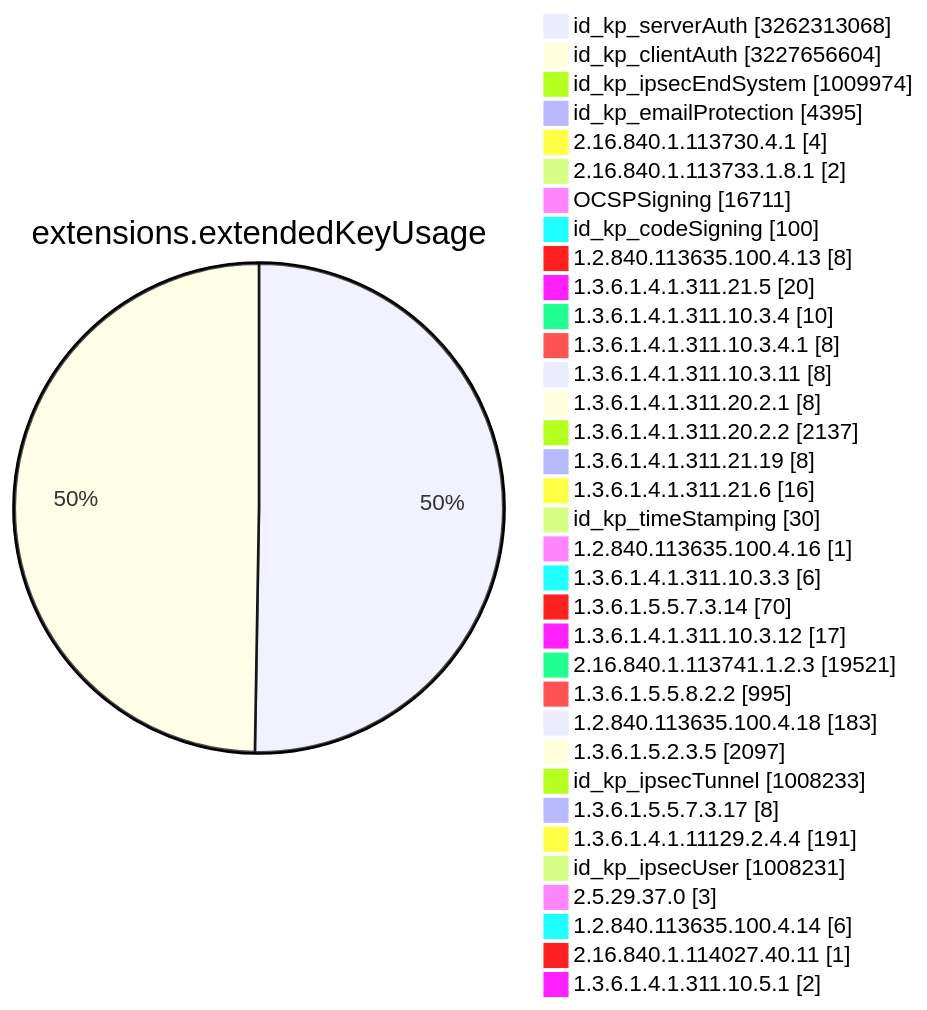
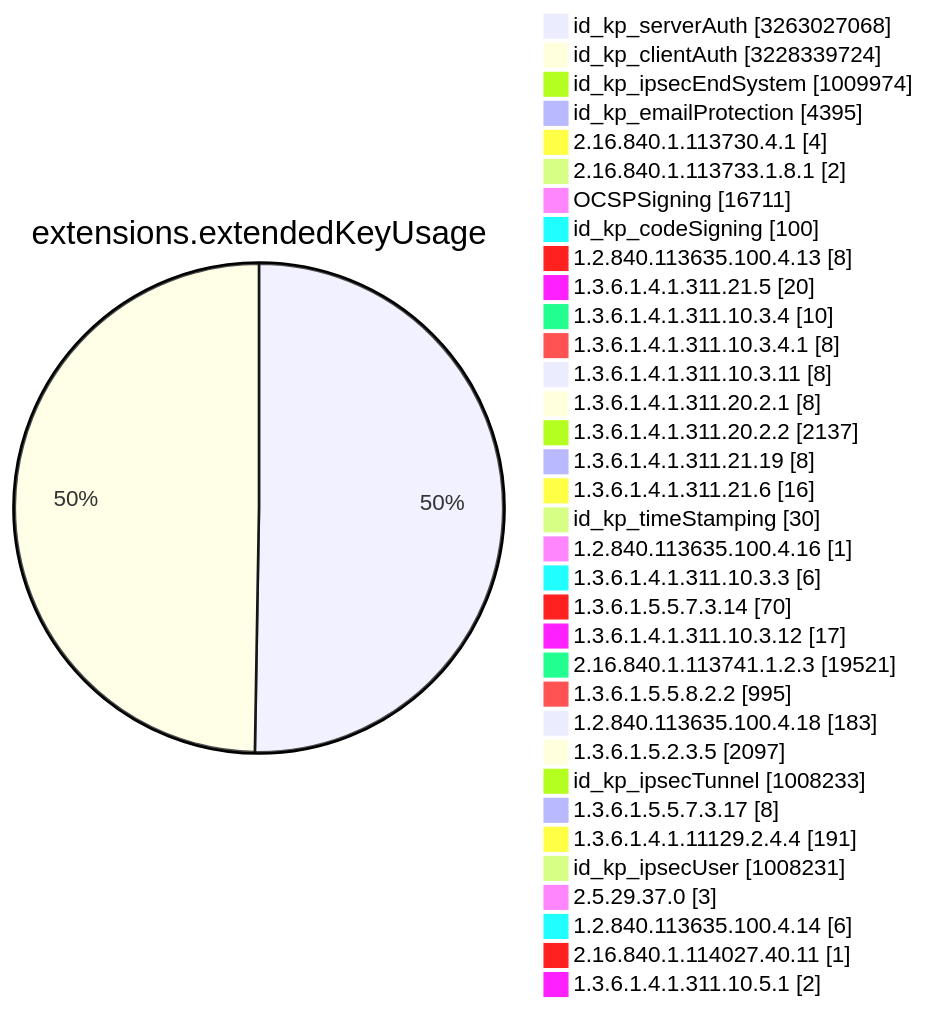
One commit to christiankrug/ctmonitor_visualization changed diagram 11 of 15 in TOTAL/README.md. Above: the diagram before and after it, drawn with Mermaid. The commit also changed other lines of this file, not shown here.

````diff
--- a/TOTAL/README.md
+++ b/TOTAL/README.md
@@ -4119,38 +4119,38 @@
 ```mermaid
 pie showData
 title extensions.extendedKeyUsage
-"id_kp_serverAuth" :3262313068
-"id_kp_clientAuth" :3227656604
+"id_kp_serverAuth" :3263027068
+"id_kp_clientAuth" :3228339724
 "id_kp_ipsecEndSystem" :1009974
 "id_kp_emailProtection" :4395
 "2.16.840.1.113730.4.1" :4
 "2.16.840.1.113733.1.8.1" :2
 "OCSPSigning" :16711
 "id_kp_codeSigning" :100
 "1.2.840.113635.100.4.13" :8
 "1.3.6.1.4.1.311.21.5" :20
 "1.3.6.1.4.1.311.10.3.4" :10
 "1.3.6.1.4.1.311.10.3.4.1" :8
 "1.3.6.1.4.1.311.10.3.11" :8
 "1.3.6.1.4.1.311.20.2.1" :8
 "1.3.6.1.4.1.311.20.2.2" :2137
 "1.3.6.1.4.1.311.21.19" :8
 "1.3.6.1.4.1.311.21.6" :16
 "id_kp_timeStamping" :30
 "1.2.840.113635.100.4.16" :1
 "1.3.6.1.4.1.311.10.3.3" :6
 "1.3.6.1.5.5.7.3.14" :70
 "1.3.6.1.4.1.311.10.3.12" :17
 "2.16.840.1.113741.1.2.3" :19521
 "1.3.6.1.5.5.8.2.2" :995
 "1.2.840.113635.100.4.18" :183
 "1.3.6.1.5.2.3.5" :2097
 "id_kp_ipsecTunnel" :1008233
 "1.3.6.1.5.5.7.3.17" :8
 "1.3.6.1.4.1.11129.2.4.4" :191
 "id_kp_ipsecUser" :1008231
 "2.5.29.37.0" :3
 "1.2.840.113635.100.4.14" :6
 "2.16.840.1.114027.40.11" :1
 "1.3.6.1.4.1.311.10.5.1" :2
 ```
````
